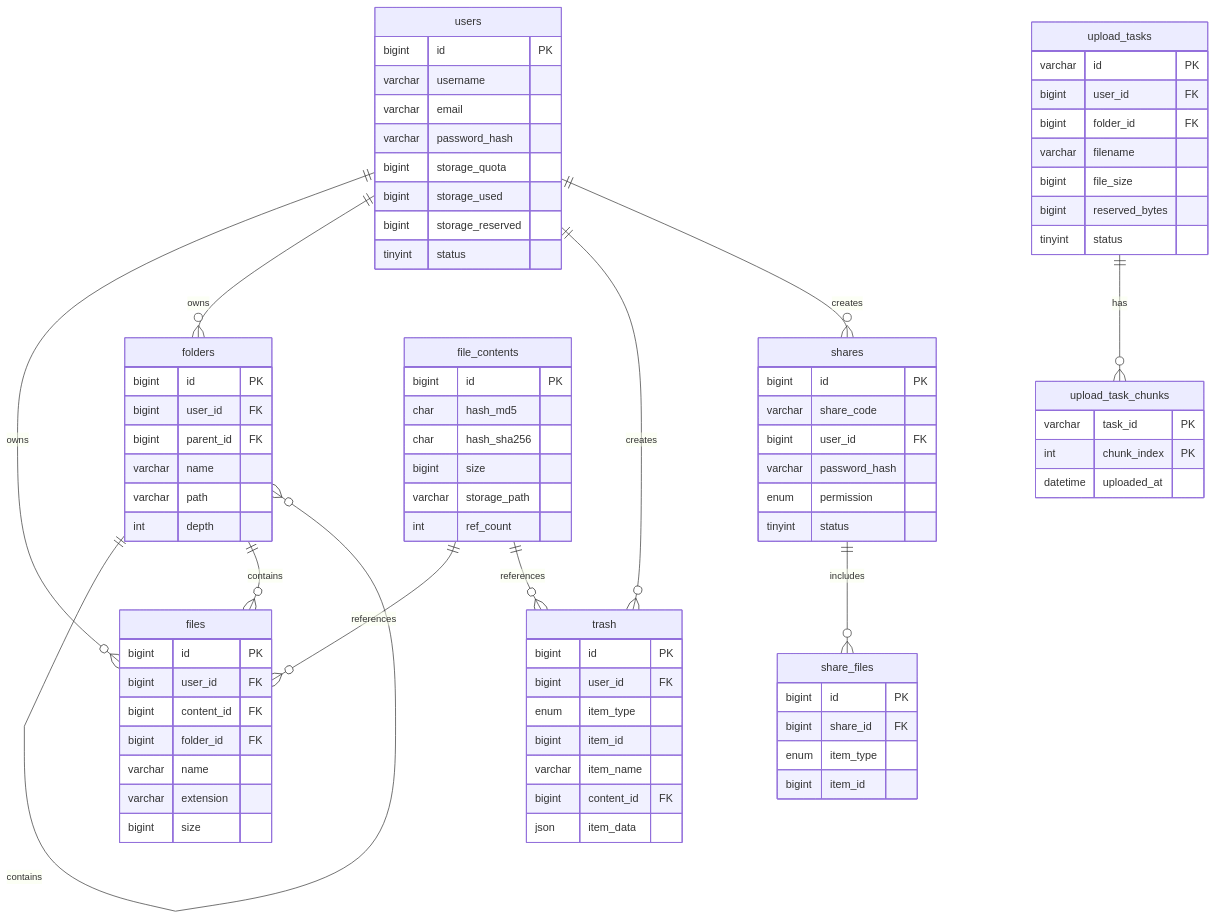
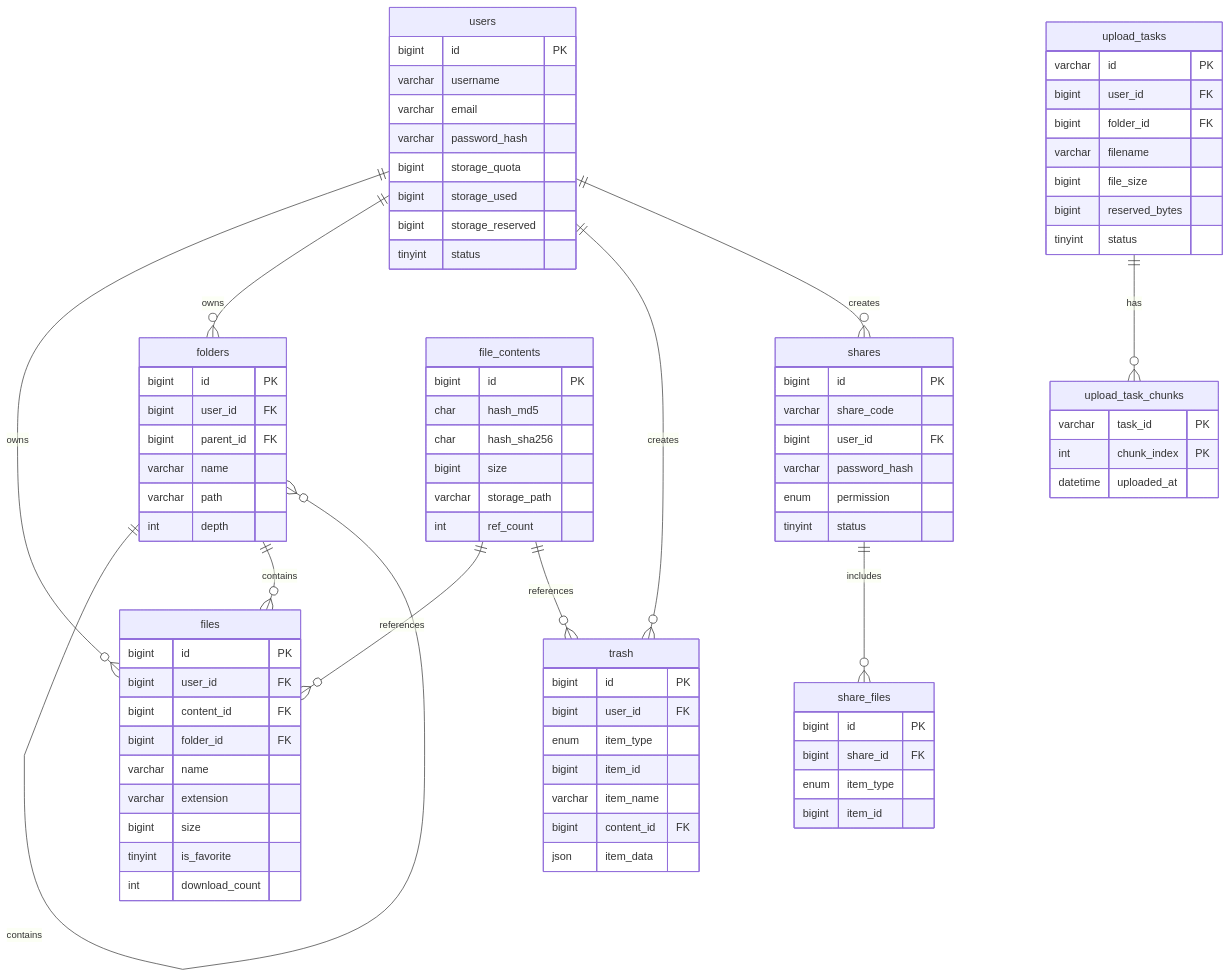
The first of 2 diagrams in docs/design/03-数据库设计.md (yizhinailong/disk), drawn with Mermaid before and after one commit. The commit also changed other lines of this file and 9 other files, not shown here.

```diff
--- a/docs/design/03-数据库设计.md
+++ b/docs/design/03-数据库设计.md
@@ -73,6 +73,8 @@
         varchar name
         varchar extension
         bigint size
+        tinyint is_favorite
+        int download_count
     }
 
     upload_tasks {
```
